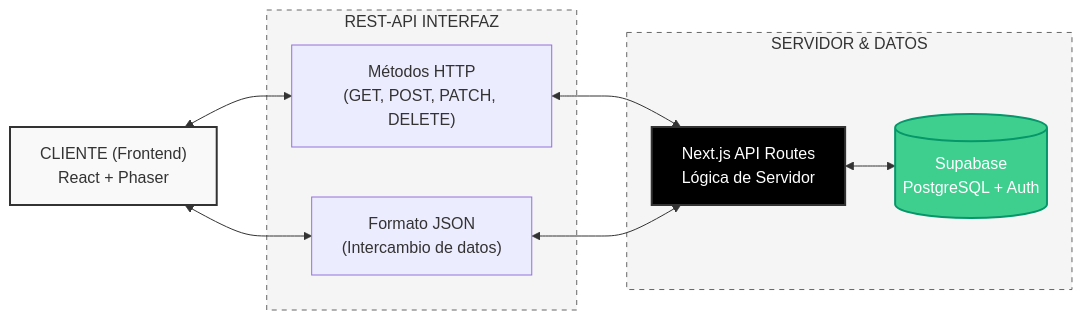
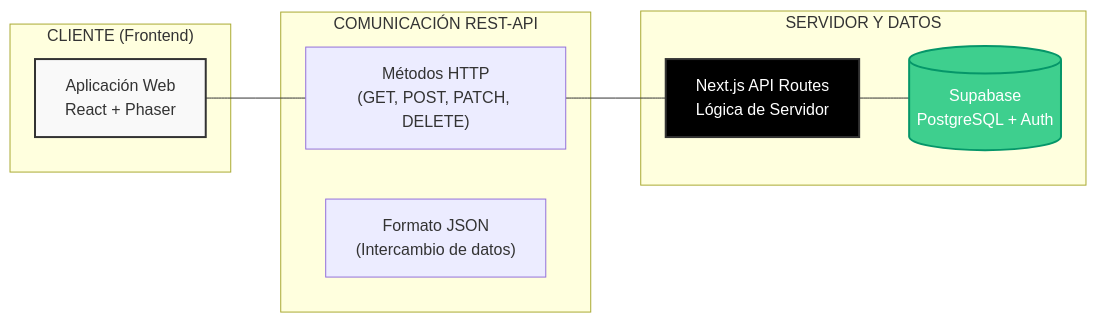
One commit to rafaelroldan18/appWebIngles changed the diagram in README.md. Above: the diagram before and after it, drawn with Mermaid.

````diff
--- a/README.md
+++ b/README.md
@@ -78,29 +78,25 @@
 ```mermaid
 graph LR
-    %% Nodos Principales
-    Cliente[" CLIENTE (Frontend)<br/>React + Phaser"]
-    
-    subgraph Interfaz ["REST-API INTERFAZ"]
-        HTTP["Métodos HTTP<br/>(GET, POST, PATCH, DELETE)"]
-        JSON["Formato JSON<br/>(Intercambio de datos)"]
+    subgraph "CLIENTE (Frontend)"
+        A[ Aplicación Web<br/>React + Phaser]
     end
 
-    subgraph Backend ["SERVIDOR & DATOS"]
-        API[" Next.js API Routes<br/>Lógica de Servidor"]
-        DB[(" Supabase<br/>PostgreSQL + Auth")]
+    subgraph "COMUNICACIÓN REST-API"
+    B1["Métodos HTTP<br/>(GET, POST, PATCH, DELETE)"]
+    B2["Formato JSON<br/>(Intercambio de datos)"]
+    end
+
+    subgraph "SERVIDOR Y DATOS"
+    C[ Next.js API Routes<br/>Lógica de Servidor]
+    D[( Supabase<br/>PostgreSQL + Auth)]
     end
 
     %% Conexiones
-    Cliente <--> HTTP
-    Cliente <--> JSON
-    HTTP <--> API
-    JSON <--> API
-    API <--> DB
-
-    %% Estilos
-    style Cliente fill:#f9f9f9,stroke:#333,stroke-width:2px
-    style API fill:#000,color:#fff,stroke:#333,stroke-width:2px
-    style DB fill:#3ecf8e,color:#fff,stroke:#059669,stroke-width:2px
-    style Interfaz fill:#f5f5f5,stroke:#666,stroke-dasharray: 5 5
-    style Backend fill:#f5f5f5,stroke:#666,stroke-dasharray: 5 5
+    A --- B1
+    B1 --- C
+    C --- D
+    
+    style A fill:#f9f9f9,stroke:#333,stroke-width:2px
+    style C fill:#000,color:#fff,stroke:#333,stroke-width:2px
+    style D fill:#3ecf8e,color:#fff,stroke:#059669,stroke-width:2px
 ```
````
